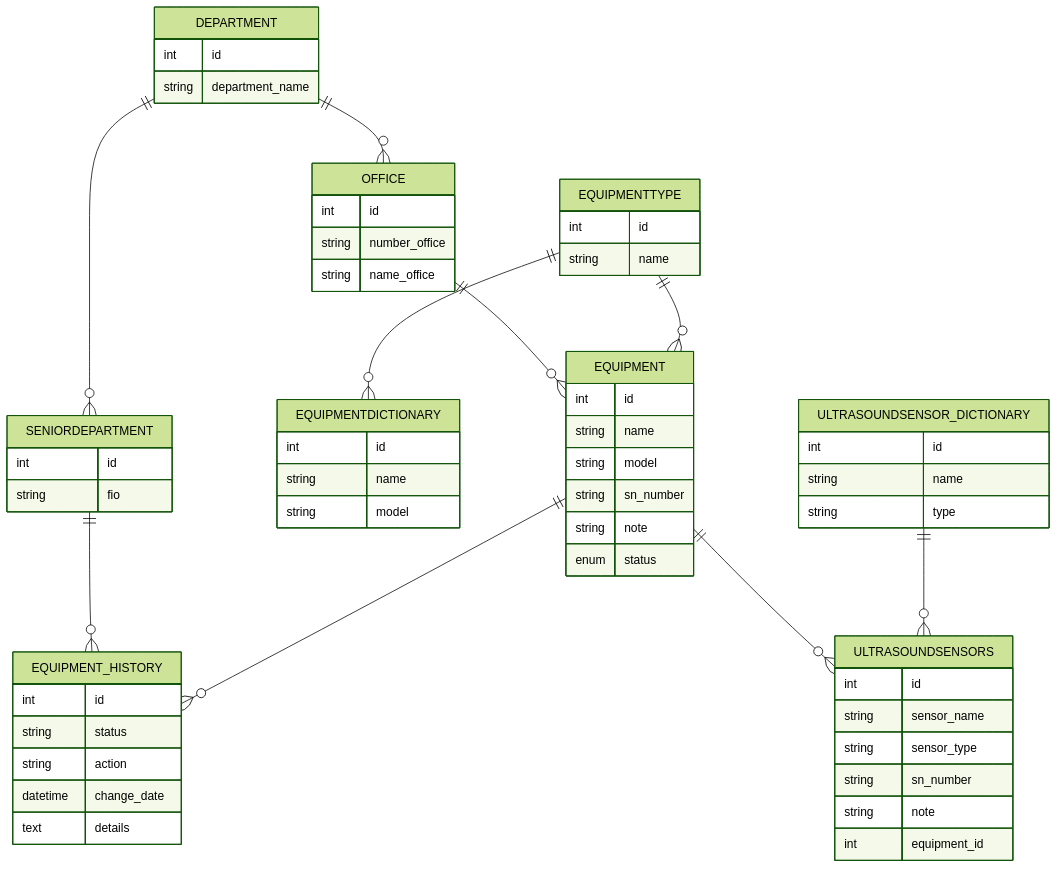
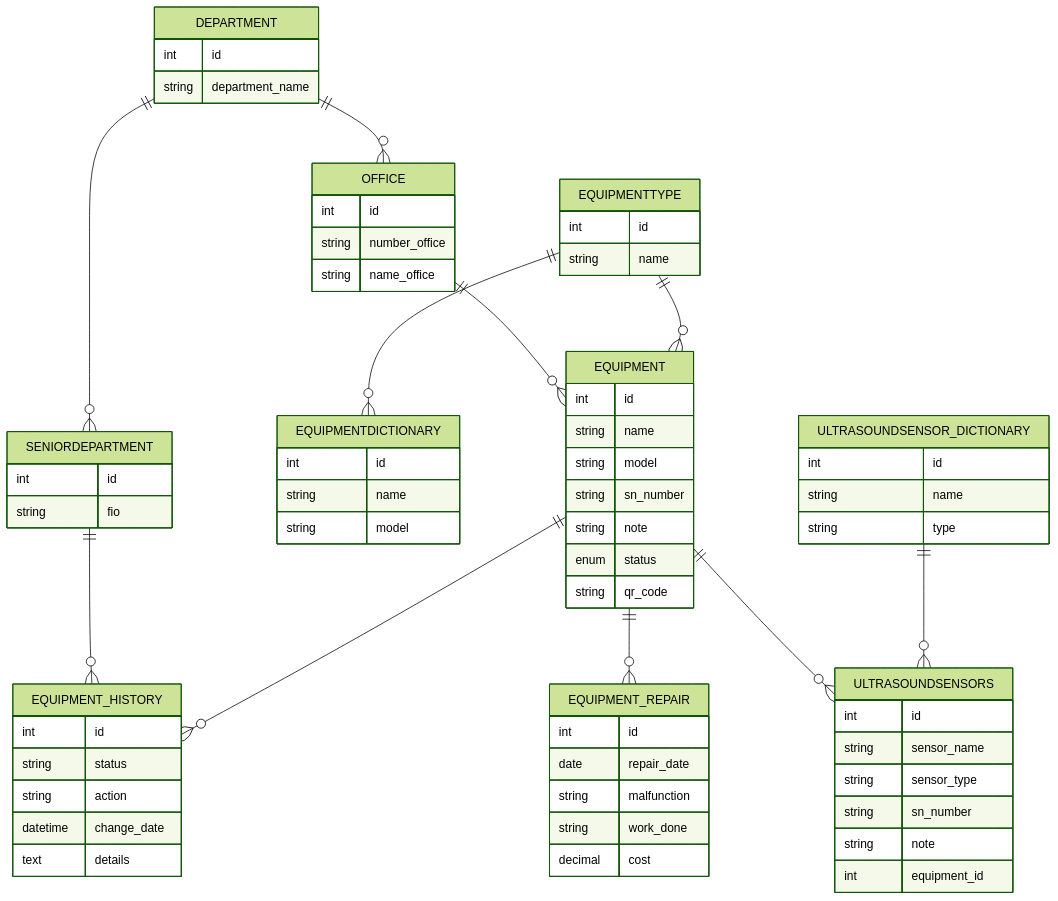
One commit to EvgenyDantsov/EquipmentApplication changed the diagram in README.md. Above: the diagram before and after it, drawn with Mermaid (forest theme). The commit also changed other lines of this file and 1 other file, not shown here.

````diff
--- a/README.md
+++ b/README.md
@@ -85,63 +112,72 @@
 ```mermaid
 erDiagram
     DEPARTMENT {
         int id
         string department_name
     }
     SENIORDEPARTMENT {
         int id
         string fio
     }
     OFFICE {
         int id
         string number_office
         string name_office
     }
     EQUIPMENTTYPE {
         int id
         string name
     }
     EQUIPMENTDICTIONARY {
         int id
         string name
         string model
     }
     EQUIPMENT_HISTORY {
         int id
         string status
         string action
         datetime change_date
         text details
     }
+    EQUIPMENT_REPAIR {
+        int id
+        date repair_date
+        string malfunction
+        string work_done
+        decimal cost
+    }
     EQUIPMENT {
         int id
         string name
         string model
         string sn_number
         string note
         enum status
+        string qr_code
     }
     ULTRASOUNDSENSORS {
         int id
         string sensor_name
         string sensor_type
         string sn_number
         string note
         int equipment_id
     }
     ULTRASOUNDSENSOR_DICTIONARY {
         int id
         string name
         string type
     }
 
     DEPARTMENT ||--o{ SENIORDEPARTMENT : ""
     DEPARTMENT ||--o{ OFFICE : ""
     SENIORDEPARTMENT ||--o{ EQUIPMENT_HISTORY : ""
     OFFICE ||--o{ EQUIPMENT : ""
     EQUIPMENTTYPE ||--o{ EQUIPMENT : ""
     EQUIPMENTTYPE ||--o{ EQUIPMENTDICTIONARY : ""
+    EQUIPMENT ||--o{ EQUIPMENT_HISTORY : ""
+    EQUIPMENT ||--o{ EQUIPMENT_REPAIR : ""
     EQUIPMENT ||--o{ ULTRASOUNDSENSORS : ""
     ULTRASOUNDSENSOR_DICTIONARY ||--o{ ULTRASOUNDSENSORS : ""
-    EQUIPMENT ||--o{ EQUIPMENT_HISTORY : ""
 ```
````
